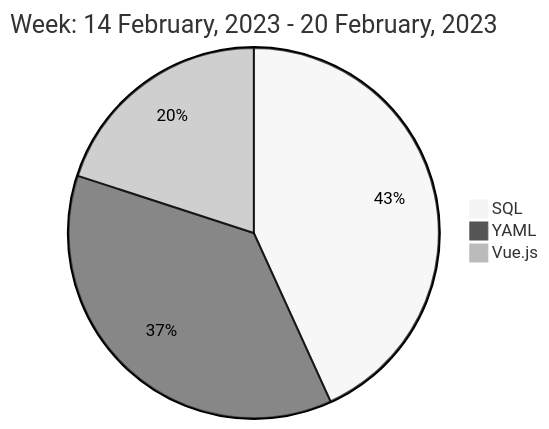
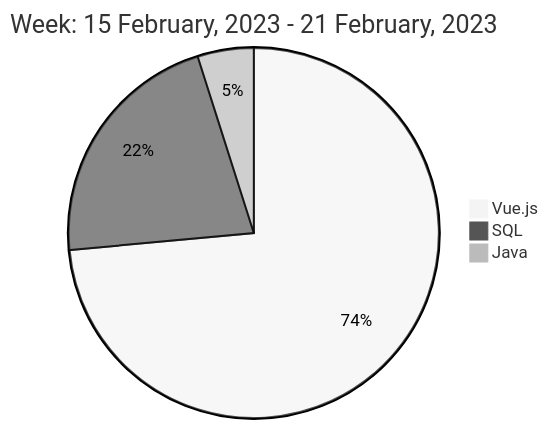
Before and after one commit to liubin95/liubin95: the diagram in README.md, drawn with Mermaid (neutral theme).

Commit message:
Updated the Graph with new Metrics

````diff
--- a/README.md
+++ b/README.md
@@ -40,7 +40,7 @@
 ```mermaid
  pie
-title Week: 14 February, 2023 - 20 February, 2023
- "SQL" : 1.62
- "YAML" : 1.38
+title Week: 15 February, 2023 - 21 February, 2023
  "Vue.js" : 0.75
+ "SQL" : 0.22
+ "Java" : 0.05
 ```
````
